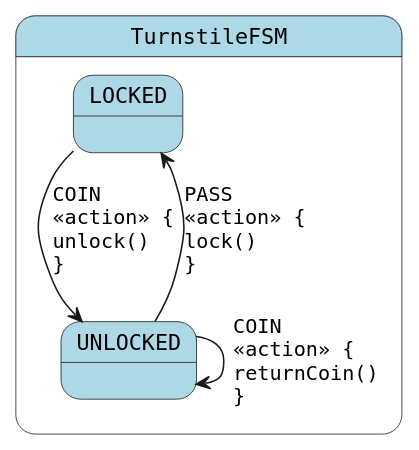
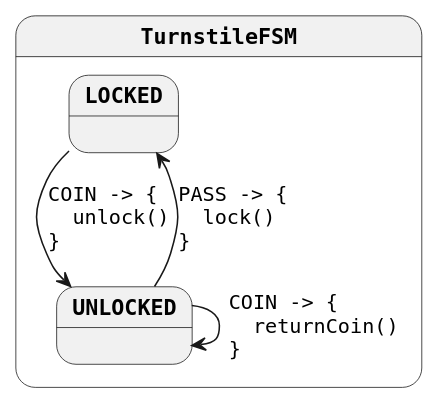
The diagram in output/generated/turnstile.plantuml (open-jumpco/kfsm-viz-plugin), drawn with PlantUML before and after one commit. The commit also changed 10 other files, not shown here.

```diff
--- a/output/generated/turnstile.plantuml
+++ b/output/generated/turnstile.plantuml
@@ -1,12 +1,15 @@
 @startuml
+skinparam monochrome true
 skinparam StateFontName Helvetica
 skinparam defaultFontName Monospaced
+skinparam defaultFontStyle Bold
 skinparam state {
-    BackgroundColor LightBlue
+    FontColor Black
+    FontStyle Bold
 }
 state TurnstileFSM {
-LOCKED --> UNLOCKED : COIN\l<<action>> {\lunlock()\l}
-UNLOCKED --> UNLOCKED : COIN\l<<action>> {\lreturnCoin()\l}
-UNLOCKED --> LOCKED : PASS\l<<action>> {\llock()\l}
+LOCKED --> UNLOCKED : COIN -> {\l  unlock()\l}
+UNLOCKED --> UNLOCKED : COIN -> {\l  returnCoin()\l}
+UNLOCKED --> LOCKED : PASS -> {\l  lock()\l}
 }
 @enduml
```
